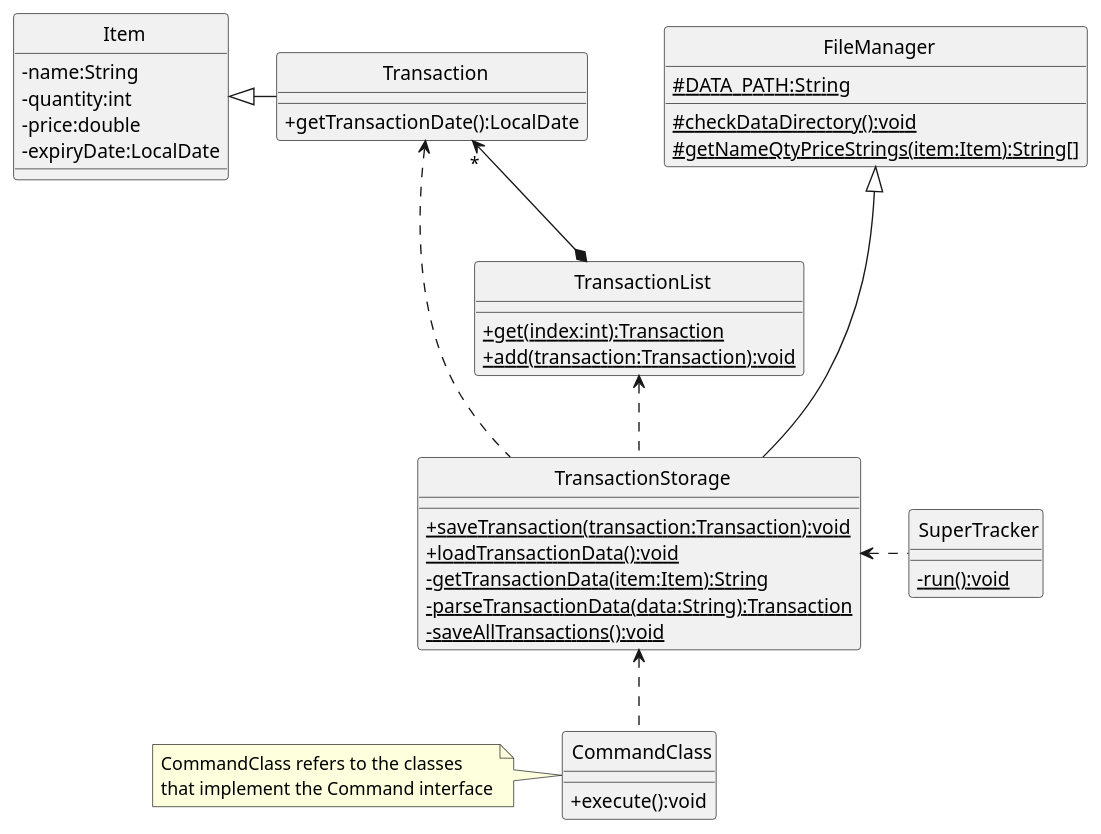
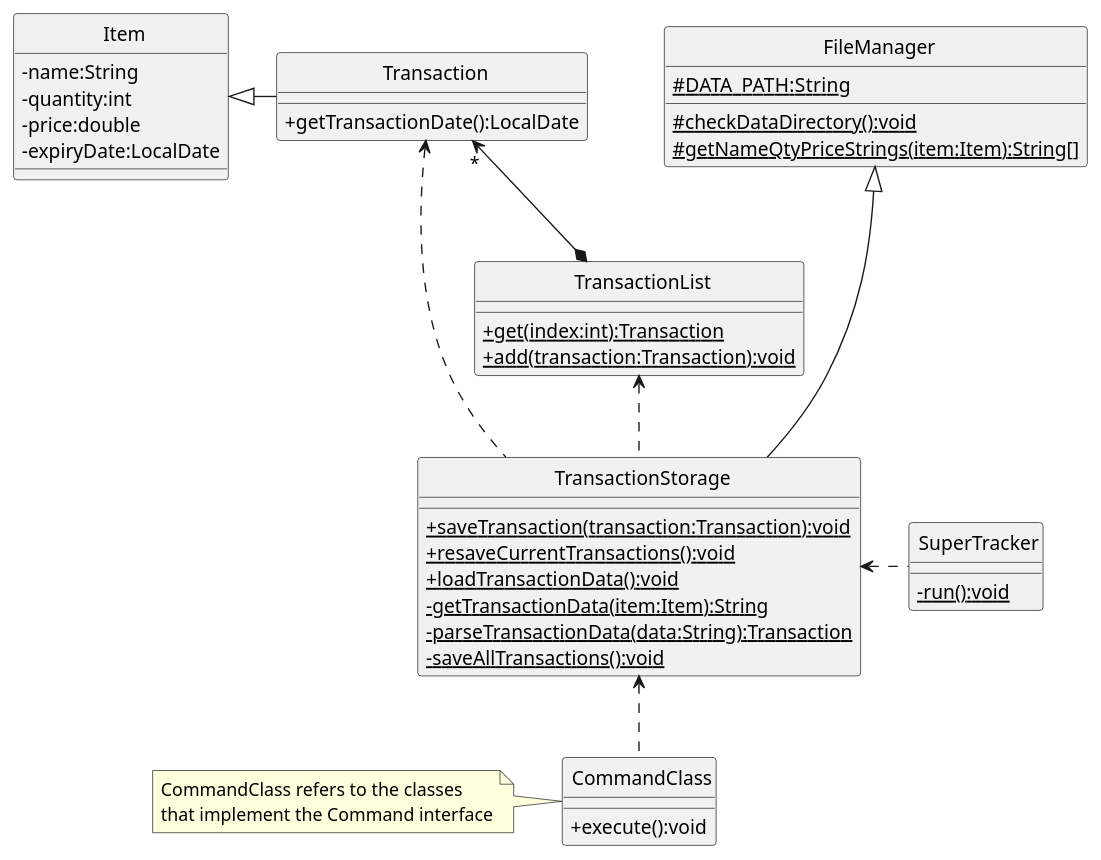
Before and after one commit to rismm/tp: the diagram in docs/uml-diagrams/TransactionStorage.puml, drawn with PlantUML. The commit also changed 3 other files, not shown here.

```diff
--- a/docs/uml-diagrams/TransactionStorage.puml
+++ b/docs/uml-diagrams/TransactionStorage.puml
@@ -1,65 +1,66 @@
 @startuml
 skinparam classAttributeIconSize 0
 skinparam CircledCharacterFontSize 0
 skinparam CircledCharacterRadius 0
 
 class SuperTracker
 class FileManager
 class TransactionList
 class Transaction
 class CommandClass
 class TransactionStorage
 class Item
 
 Item <|- Transaction
 FileManager <|--- TransactionStorage
 TransactionList <.. TransactionStorage
 Transaction <.. TransactionStorage
 Transaction "*" <--* TransactionList
 TransactionStorage <.. CommandClass
 TransactionStorage <. SuperTracker
 
 class FileManager {
     {static}#DATA_PATH:String
     {static}#checkDataDirectory():void
     {static}#getNameQtyPriceStrings(item:Item):String[]
 }
 
 class TransactionStorage {
     {static}+saveTransaction(transaction:Transaction):void
+    {static}+resaveCurrentTransactions():void
     {static}+loadTransactionData():void
     {static}-getTransactionData(item:Item):String
     {static}-parseTransactionData(data:String):Transaction
     {static}-saveAllTransactions():void
 }
 
 class SuperTracker {
     {static}-run():void
 }
 
 class CommandClass {
     +execute():void
 }
 
 class TransactionList {
     {static}+get(index:int):Transaction
     {static}+add(transaction:Transaction):void
 }
 
 class Transaction {
     +getTransactionDate():LocalDate
 }
 
 class Item {
     -name:String
     -quantity:int
     -price:double
     -expiryDate:LocalDate
 }
 
 note left of CommandClass
     CommandClass refers to the classes
     that implement the Command interface
 endnote
 
 @enduml
```
